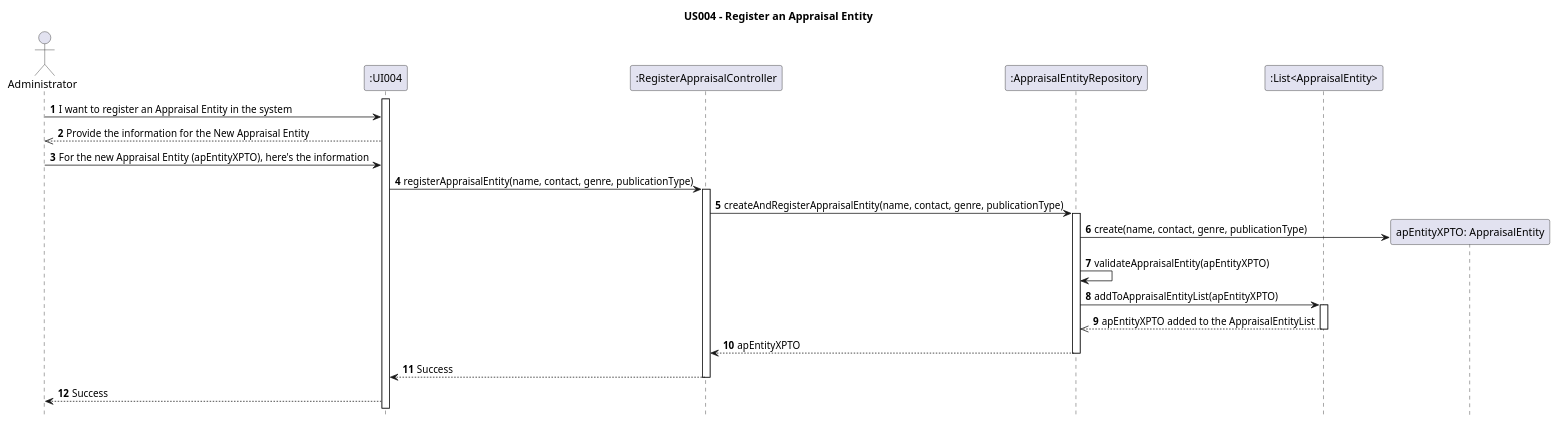
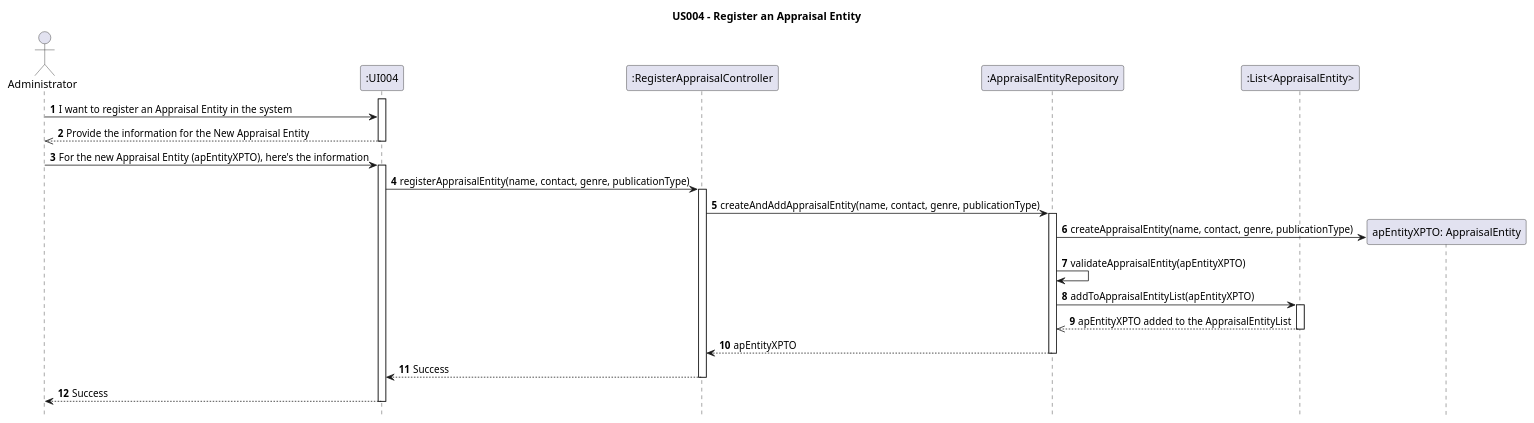
Before and after one commit to AndrePereiraGitH/SWitCH-Project-Team_A: the diagram in Diagrams/SequenceDiagrams/N2/US004-to-register-an-appraisal-entity.puml, drawn with PlantUML. The commit also changed 16 other files, not shown here.

```diff
--- a/Diagrams/SequenceDiagrams/N2/US004-to-register-an-appraisal-entity.puml
+++ b/Diagrams/SequenceDiagrams/N2/US004-to-register-an-appraisal-entity.puml
@@ -1,53 +1,57 @@
 @startuml
 
 hide footbox
 autonumber
 
 title US004 - Register an Appraisal Entity
 
 
 actor Administrator
 participant ":UI004" as UI
 participant ":RegisterAppraisalController" as RegisterAppraisalController
 participant ":AppraisalEntityRepository" as AppraisalEntityRepository
 participant ":List<AppraisalEntity>"
 
 activate UI
 ' Human communication started by Administrator
 Administrator -> UI : I want to register an Appraisal Entity in the system
 UI -->> Administrator : Provide the information for the New Appraisal Entity
+deactivate UI
+
+
 Administrator -> UI : For the new Appraisal Entity (apEntityXPTO), here's the information
 
+activate UI
 ' First contact between UI and the System
 UI -> RegisterAppraisalController : registerAppraisalEntity(name, contact, genre, publicationType)
 activate RegisterAppraisalController
 
 ' Communication between RegisterAppraisalController and AppraisalEntityRepository
-RegisterAppraisalController -> AppraisalEntityRepository : createAndRegisterAppraisalEntity(name, contact, genre, publicationType)
+RegisterAppraisalController -> AppraisalEntityRepository : createAndAddAppraisalEntity(name, contact, genre, publicationType)
 activate AppraisalEntityRepository
 
 ' Creation of new AppraisalEntity
 create "apEntityXPTO: AppraisalEntity" as AppraisalEntity
 
 ' Creation, validation and addition made in AppraisalEntityRepository
-AppraisalEntityRepository -> AppraisalEntity : create(name, contact, genre, publicationType)
+AppraisalEntityRepository -> AppraisalEntity : createAppraisalEntity(name, contact, genre, publicationType)
 AppraisalEntityRepository -> AppraisalEntityRepository : validateAppraisalEntity(apEntityXPTO)
 
 ' Adding new appraisal entity
 AppraisalEntityRepository -> ":List<AppraisalEntity>" : addToAppraisalEntityList(apEntityXPTO)
 activate ":List<AppraisalEntity>"
 ":List<AppraisalEntity>" -->> AppraisalEntityRepository : apEntityXPTO added to the AppraisalEntityList
 deactivate
 
 ' Return from AppraisalEntityRepository to RegisterAppraisalController
 AppraisalEntityRepository --> RegisterAppraisalController : apEntityXPTO
 deactivate AppraisalEntityRepository
 
 ' Return from RegisterAppraisalConstroller to the UI
 RegisterAppraisalController --> UI : Success
 deactivate RegisterAppraisalController
 
 ' Return from UI to Administrator
 UI --> Administrator :  Success
-
+deactivate UI
 @enduml
```
